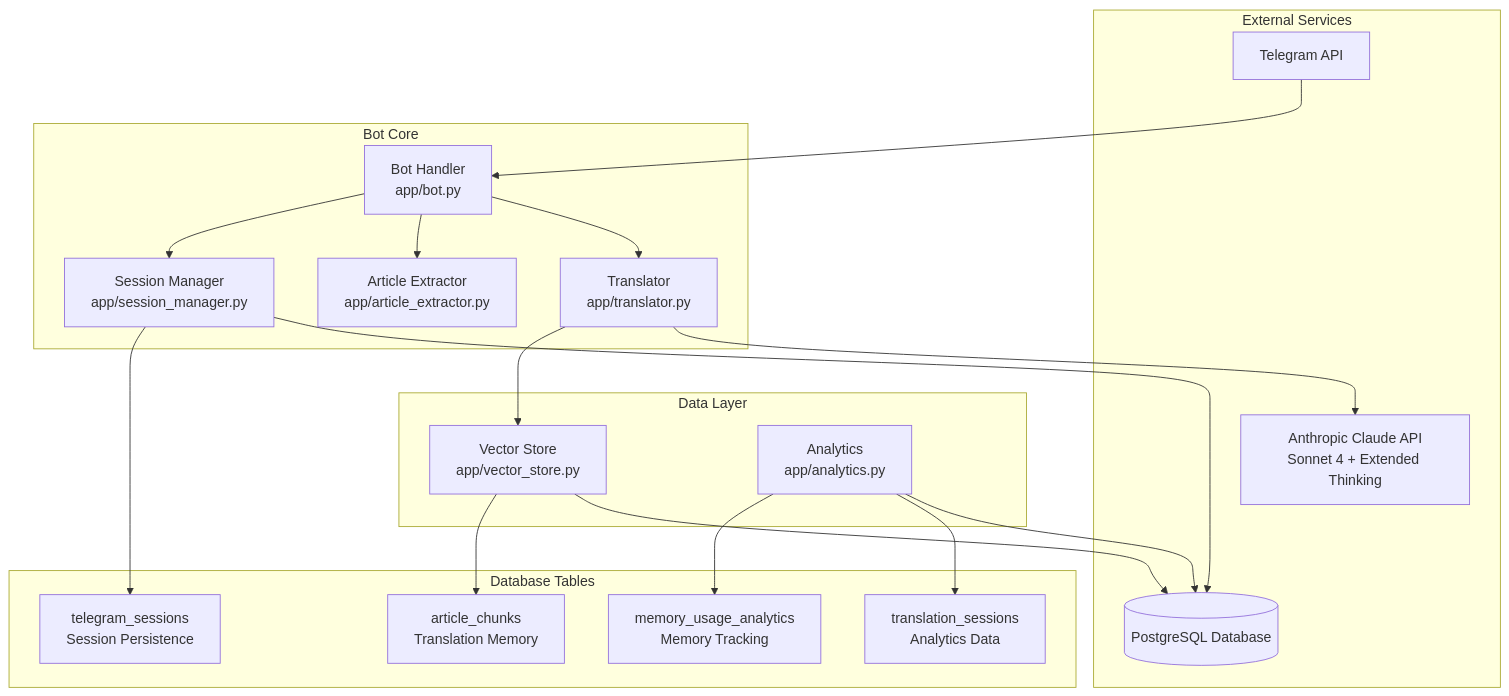
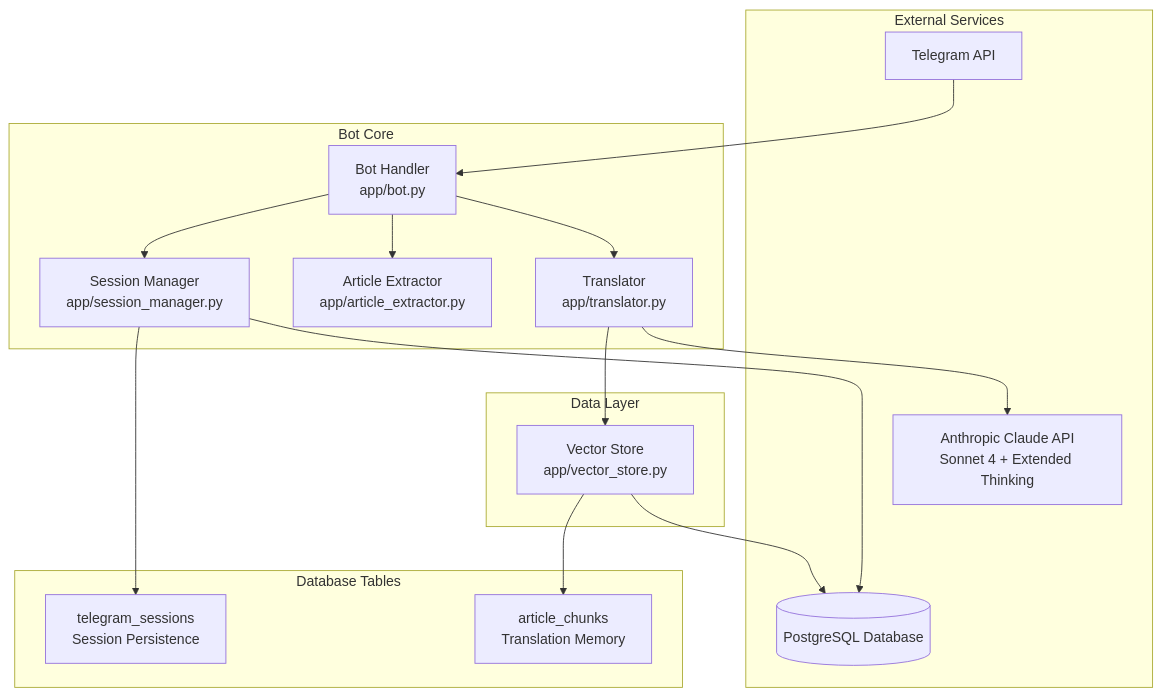
The first of 5 diagrams in docs/AI-TRANSLATION.md (segalmax/telegram_zoomer), drawn with Mermaid before and after one commit. The commit also changed other lines of this file and 6 other files, not shown here.

````diff
--- a/docs/AI-TRANSLATION.md
+++ b/docs/AI-TRANSLATION.md
@@ -288,42 +31,36 @@
 ```mermaid
 graph TB
     subgraph "External Services"
         TG[Telegram API]
         CLAUDE[Anthropic Claude API<br/>Sonnet 4 + Extended Thinking]
         PG[(PostgreSQL Database)]
     end
     
     subgraph "Bot Core"
         BOT[Bot Handler<br/>app/bot.py]
         TRANS[Translator<br/>app/translator.py]
         EXTRACT[Article Extractor<br/>app/article_extractor.py]
         SESSION[Session Manager<br/>app/session_manager.py]
     end
     
     subgraph "Data Layer"
         VECTOR[Vector Store<br/>app/vector_store.py]
-        ANALYTICS[Analytics<br/>app/analytics.py]
     end
     
     subgraph "Database Tables"
         CHUNKS[article_chunks<br/>Translation Memory]
-        SESSIONS[translation_sessions<br/>Analytics Data]
-        MEMORY[memory_usage_analytics<br/>Memory Tracking]
         TG_SESS[telegram_sessions<br/>Session Persistence]
     end
     
     TG --> BOT
     BOT --> TRANS
     BOT --> EXTRACT
     BOT --> SESSION
     TRANS --> CLAUDE
     TRANS --> VECTOR
     VECTOR --> PG
-    ANALYTICS --> PG
     SESSION --> PG
     
     VECTOR --> CHUNKS
-    ANALYTICS --> SESSIONS
-    ANALYTICS --> MEMORY
     SESSION --> TG_SESS
 ```
````
